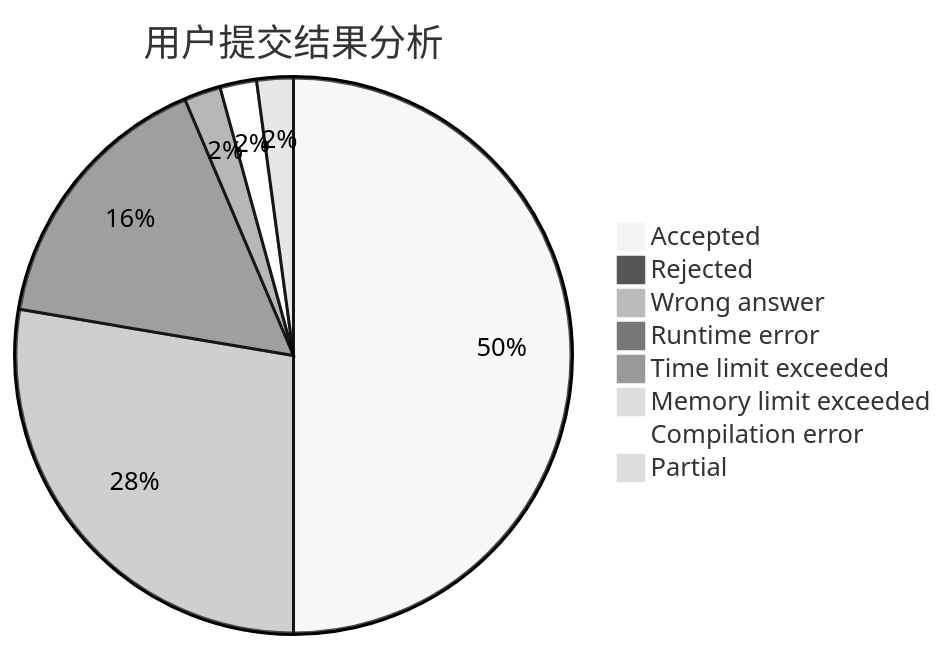
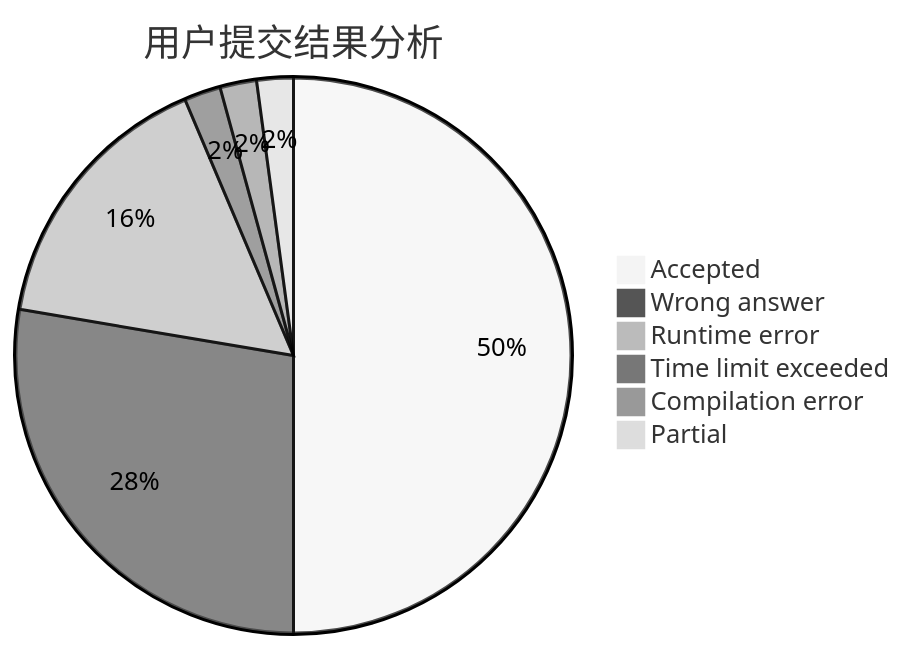
One commit to sherpahu/cfrs.github.io changed the first of 3 diagrams in docs/user/u2725.md. Above: the diagram before and after it, drawn with Mermaid (neutral theme). The commit also changed 2770 other files, not shown here.

````diff
--- a/docs/user/u2725.md
+++ b/docs/user/u2725.md
@@ -5,11 +5,9 @@
 ```mermaid
 pie title 用户提交结果分析
     "Accepted" :  47
-    "Rejected" :  0
     "Wrong answer" :  26
     "Runtime error" :  15
     "Time limit exceeded" :  2
-    "Memory limit exceeded" :  0
     "Compilation error" :  2
     "Partial" :  2
 ```
````
